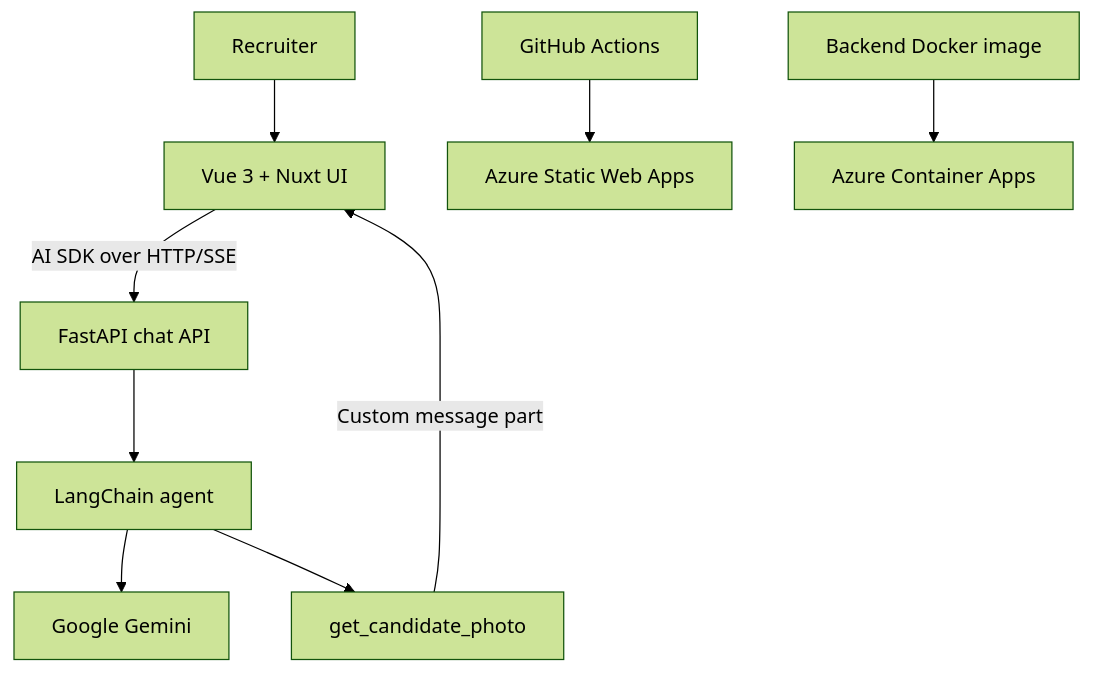
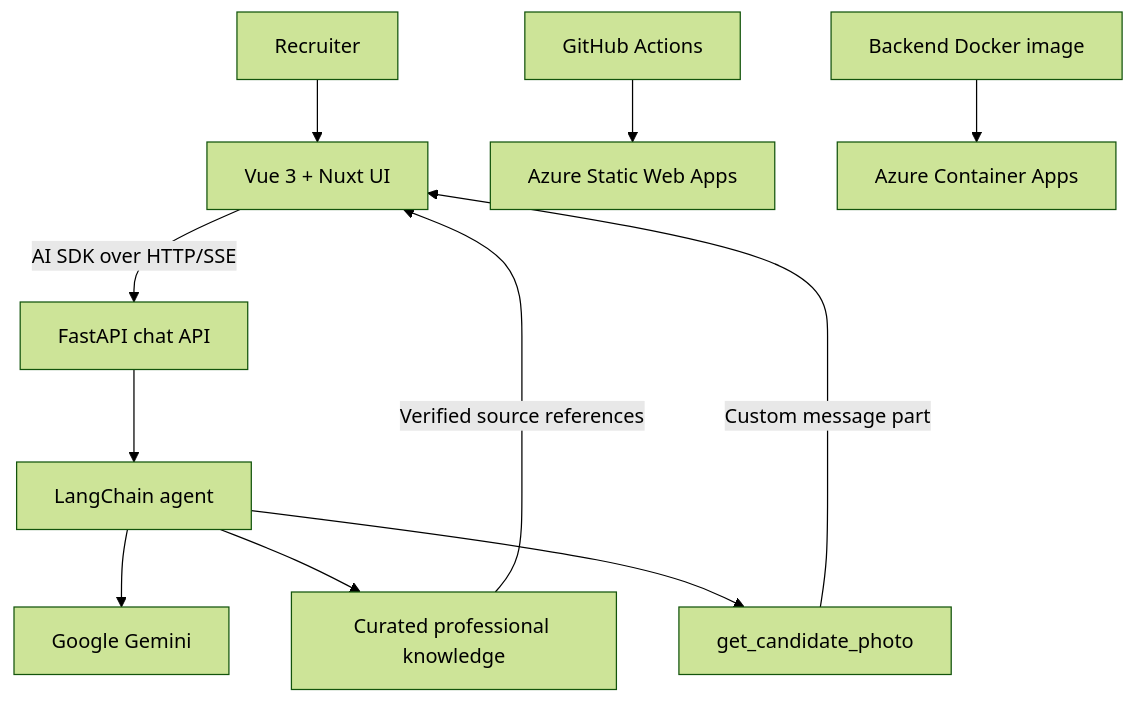
Before and after one commit to JeykerSalinas/awesome-ai-profile: the diagram in README.md, drawn with Mermaid (forest theme). The commit also changed other lines of this file and 25 other files, not shown here.

Commit message:
feat: ground multilingual agent answers in verified professional knowledge

````diff
--- a/README.md
+++ b/README.md
@@ -38,11 +42,13 @@
 ```mermaid
 flowchart TD
     Recruiter[Recruiter] --> Frontend[Vue 3 + Nuxt UI]
     Frontend -->|AI SDK over HTTP/SSE| API[FastAPI chat API]
     API --> Agent[LangChain agent]
     Agent --> Gemini[Google Gemini]
+    Agent --> Knowledge[Curated professional knowledge]
     Agent --> Photo[get_candidate_photo]
+    Knowledge -->|Verified source references| Frontend
     Photo -->|Custom message part| Frontend
     GitHub[GitHub Actions] --> AzureWeb[Azure Static Web Apps]
     Docker[Backend Docker image] --> AzureAPI[Azure Container Apps]
 ```
````
